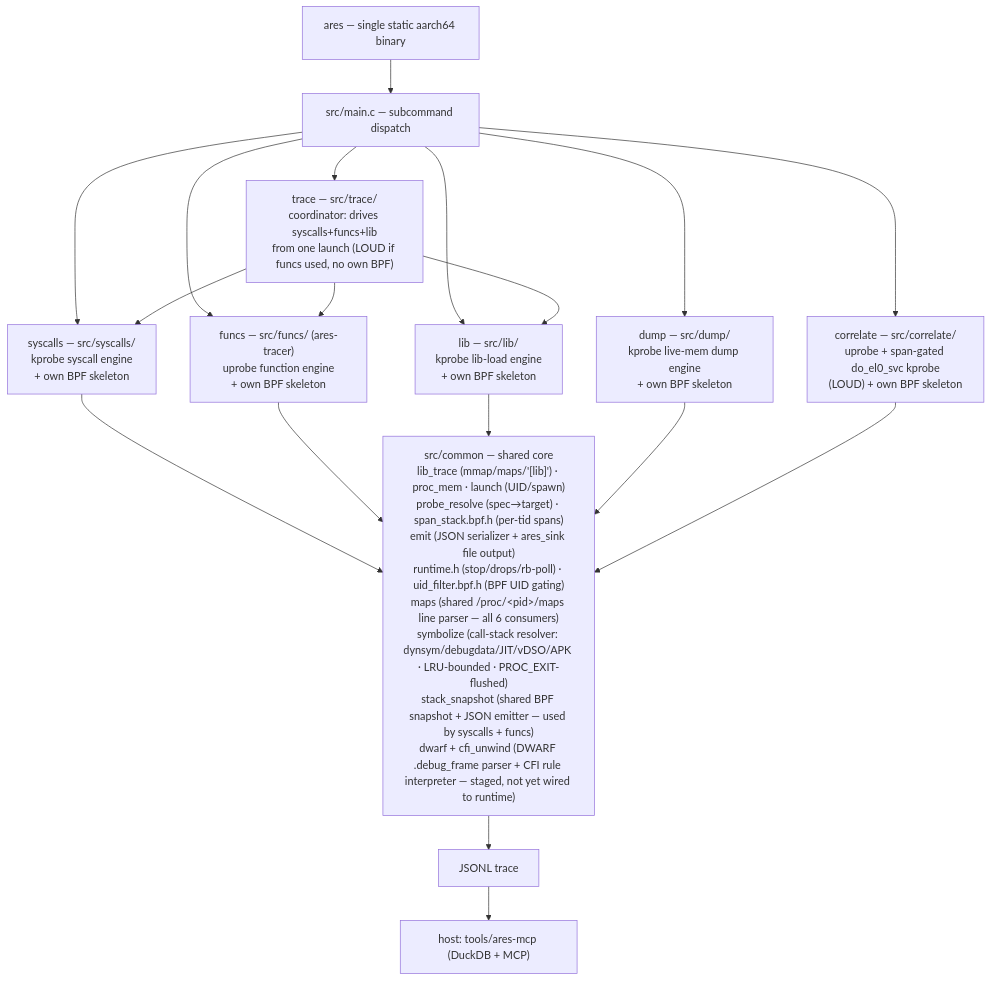
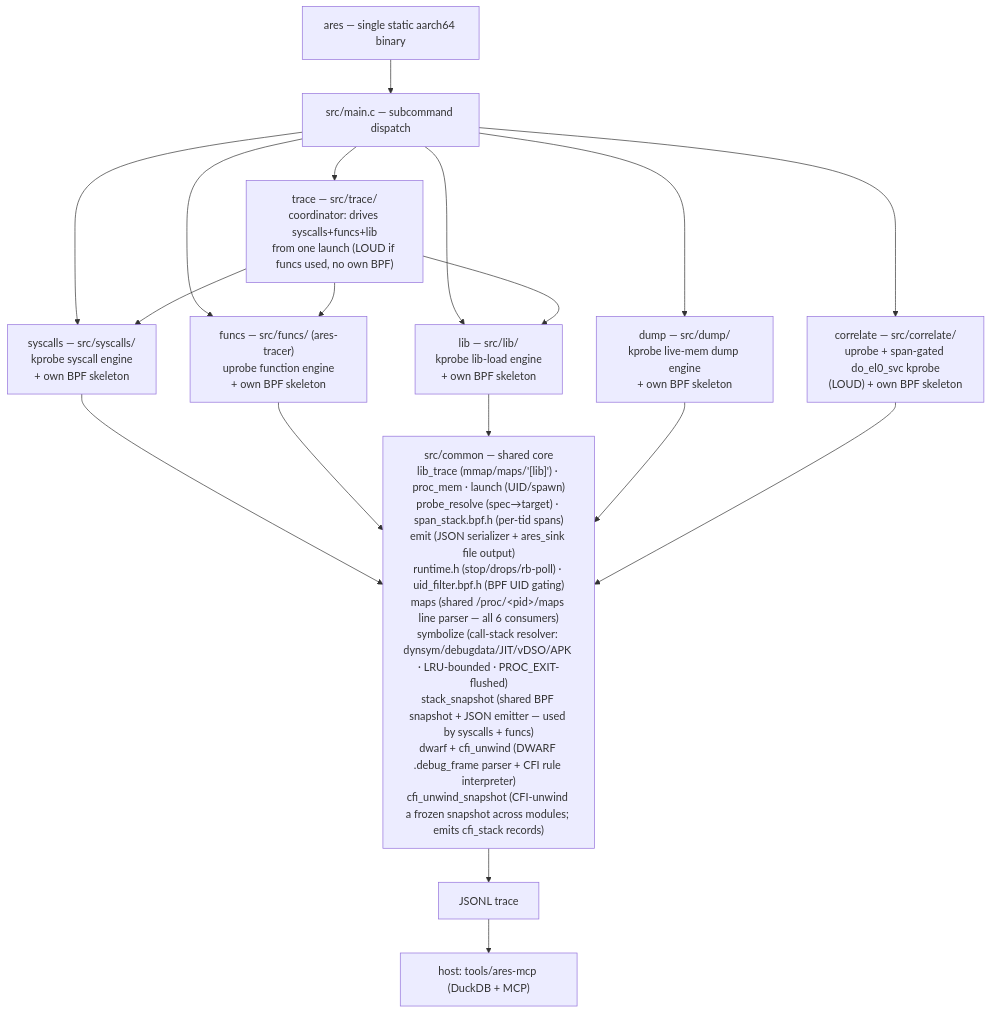
Before and after one commit to michaelaurelio/Anubee: the first of 2 diagrams in DOCUMENTATION.md, drawn with Mermaid. The commit also changed other lines of this file and 2 other files, not shown here.

First line of the commit message:
docs: document CFI-unwind layer (cfi_stack), update W1 status, README limits

````diff
--- a/DOCUMENTATION.md
+++ b/DOCUMENTATION.md
@@ -17,32 +17,32 @@
 ```mermaid
 flowchart TD
     ares["ares — single static aarch64 binary"]
     main["src/main.c — subcommand dispatch"]
     syscalls["syscalls — src/syscalls/<br/>kprobe syscall engine<br/>+ own BPF skeleton"]
     funcs["funcs — src/funcs/ (ares-tracer)<br/>uprobe function engine<br/>+ own BPF skeleton"]
     lib["lib — src/lib/<br/>kprobe lib-load engine<br/>+ own BPF skeleton"]
     dump["dump — src/dump/<br/>kprobe live-mem dump engine<br/>+ own BPF skeleton"]
     correlate["correlate — src/correlate/<br/>uprobe + span-gated do_el0_svc kprobe<br/>(LOUD) + own BPF skeleton"]
     tracecmd["trace — src/trace/<br/>coordinator: drives syscalls+funcs+lib<br/>from one launch (LOUD if funcs used, no own BPF)"]
-    common["src/common — shared core<br/>lib_trace (mmap/maps/'[lib]') · proc_mem · launch (UID/spawn)<br/>probe_resolve (spec→target) · span_stack.bpf.h (per-tid spans)<br/>emit (JSON serializer + ares_sink file output)<br/>runtime.h (stop/drops/rb-poll) · uid_filter.bpf.h (BPF UID gating)<br/>maps (shared /proc/&lt;pid&gt;/maps line parser — all 6 consumers)<br/>symbolize (call-stack resolver: dynsym/debugdata/JIT/vDSO/APK · LRU-bounded · PROC_EXIT-flushed)<br/>stack_snapshot (shared BPF snapshot + JSON emitter — used by syscalls + funcs)<br/>dwarf + cfi_unwind (DWARF .debug_frame parser + CFI rule interpreter — staged, not yet wired to runtime)"]
+    common["src/common — shared core<br/>lib_trace (mmap/maps/'[lib]') · proc_mem · launch (UID/spawn)<br/>probe_resolve (spec→target) · span_stack.bpf.h (per-tid spans)<br/>emit (JSON serializer + ares_sink file output)<br/>runtime.h (stop/drops/rb-poll) · uid_filter.bpf.h (BPF UID gating)<br/>maps (shared /proc/&lt;pid&gt;/maps line parser — all 6 consumers)<br/>symbolize (call-stack resolver: dynsym/debugdata/JIT/vDSO/APK · LRU-bounded · PROC_EXIT-flushed)<br/>stack_snapshot (shared BPF snapshot + JSON emitter — used by syscalls + funcs)<br/>dwarf + cfi_unwind (DWARF .debug_frame parser + CFI rule interpreter)<br/>cfi_unwind_snapshot (CFI-unwind a frozen snapshot across modules; emits cfi_stack records)"]
     trace["JSONL trace"]
     mcp["host: tools/ares-mcp (DuckDB + MCP)"]
 
     ares --> main
     main --> syscalls
     main --> funcs
     main --> lib
     main --> dump
     main --> correlate
     main --> tracecmd
     tracecmd --> syscalls
     tracecmd --> funcs
     tracecmd --> lib
     syscalls --> common
     funcs --> common
     lib --> common
     dump --> common
     correlate --> common
     common --> trace
     trace --> mcp
 ```
````
